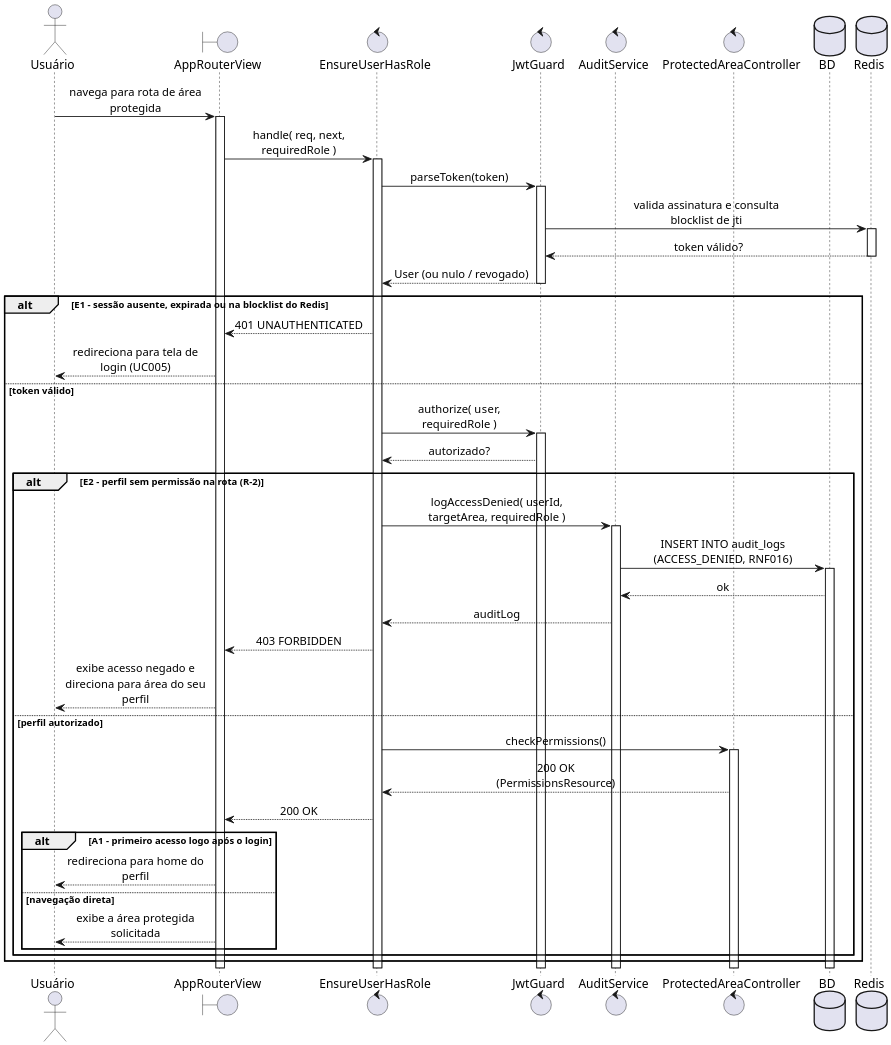
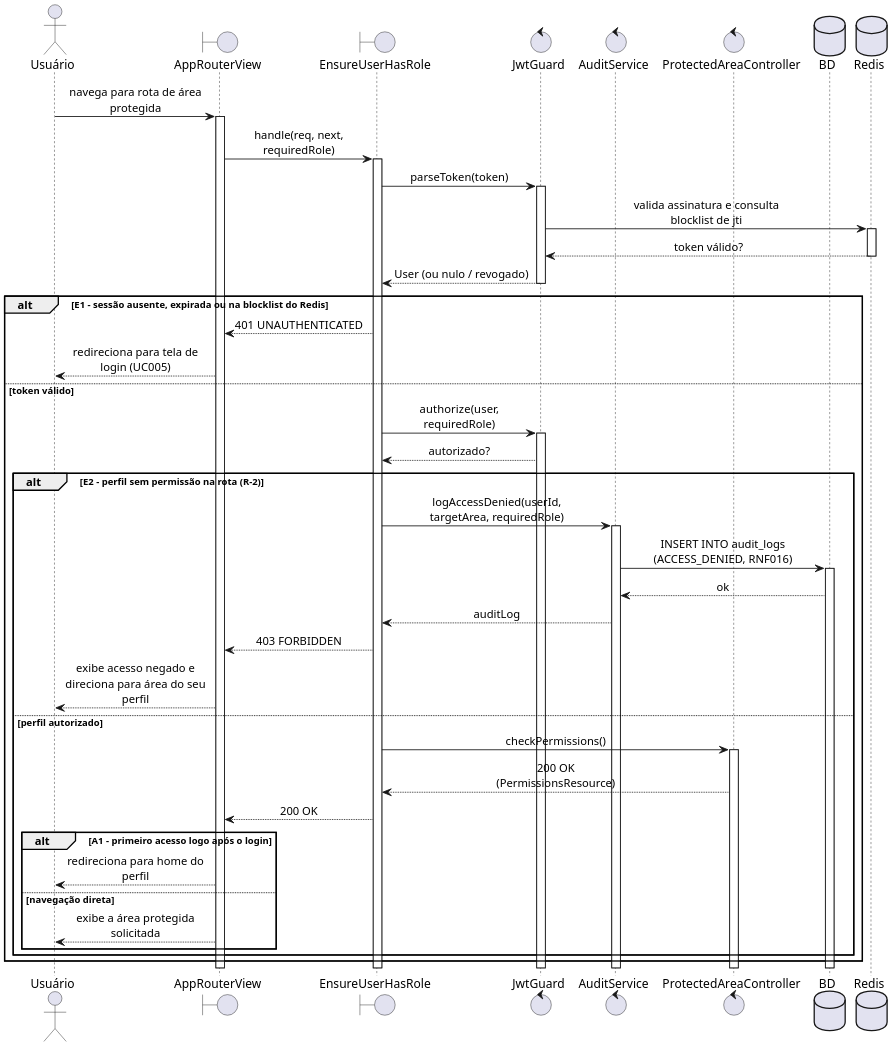
One commit to Plataforma-de-Cursos-TCC/plataforma-cursos-docs changed the diagram in scripts/drawio-seqgen/exemplos/14-sequencia-uc016.puml. Above: the diagram before and after it, drawn with PlantUML. The commit also changed 2 other files, not shown here.

Commit message:
fix(sequencia-uc016): draw EnsureUserHasRole as an HTTP middleware boundary
EnsureUserHasRole is a route middleware that sits between the router and
the controllers, not an infrastructure interface. Declaring it as control
made the new seqgen render it with an <<interface>> stereotype, which
misstates its role. It is now a boundary, so the icon and the label match
what it does. The handle, authorize and parseToken messages also lose the
spaces inside parentheses.

```diff
--- a/scripts/drawio-seqgen/exemplos/14-sequencia-uc016.puml
+++ b/scripts/drawio-seqgen/exemplos/14-sequencia-uc016.puml
@@ -3,49 +3,49 @@
 @startuml 14-sequencia-uc016
 skinparam shadowing false
 skinparam dpi 192
 skinparam defaultFontName Arial
 skinparam sequenceMessageAlign center
 skinparam responseMessageBelowArrow true
 skinparam wrapMessageWidth 170
 skinparam BoxPadding 8
 
 actor "Usuário" as USU
 boundary AppRouterView as V
-control EnsureUserHasRole as E
+boundary EnsureUserHasRole as E
 control JwtGuard as J
 control AuditService as A
 control ProtectedAreaController as P
 database BD
 database Redis as RD
 
 USU -> V ++ : navega para rota de área protegida
-V -> E ++ : handle( req, next, requiredRole )
+V -> E ++ : handle(req, next, requiredRole)
 E -> J ++ : parseToken(token)
 J -> RD ++ : valida assinatura e consulta blocklist de jti
 RD --> J -- : token válido?
 J --> E -- : User (ou nulo / revogado)
 alt E1 - sessão ausente, expirada ou na blocklist do Redis
   E --> V : 401 UNAUTHENTICATED
   V --> USU : redireciona para tela de login (UC005)
 else token válido
-  E -> J ++ : authorize( user, requiredRole )
+  E -> J ++ : authorize(user, requiredRole)
   J --> E : autorizado?
   alt E2 - perfil sem permissão na rota (R-2)
-    E -> A ++ : logAccessDenied( userId, targetArea, requiredRole )
+    E -> A ++ : logAccessDenied(userId, targetArea, requiredRole)
     A -> BD ++ : INSERT INTO audit_logs (ACCESS_DENIED, RNF016)
     BD --> A : ok
     A --> E : auditLog
     E --> V : 403 FORBIDDEN
     V --> USU : exibe acesso negado e direciona para área do seu perfil
   else perfil autorizado
     E -> P ++ : checkPermissions()
     P --> E : 200 OK (PermissionsResource)
     E --> V : 200 OK
     alt A1 - primeiro acesso logo após o login
       V --> USU : redireciona para home do perfil
     else navegação direta
       V --> USU : exibe a área protegida solicitada
     end
   end
 end
 @enduml
```
